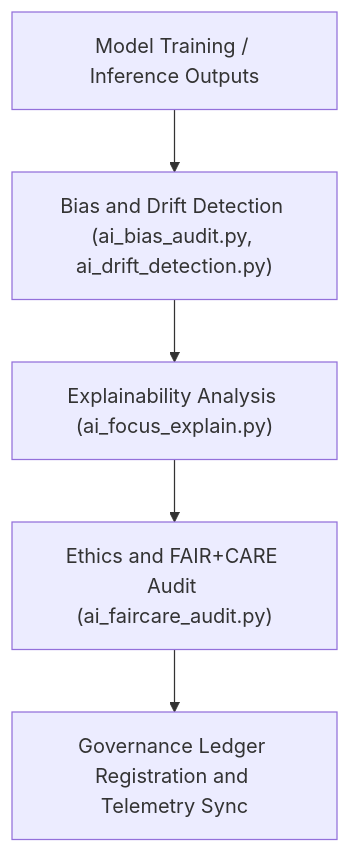
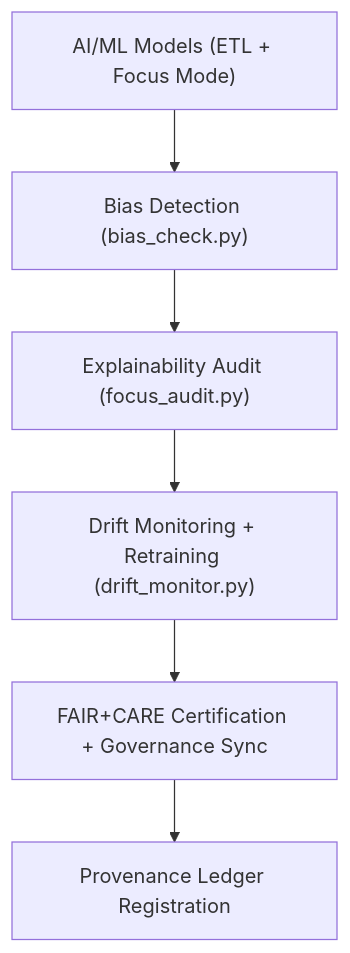
The diagram in tools/ai/README.md (bartytime4life/Kansas-Frontier-Matrix), drawn with Mermaid before and after one commit. The commit also changed other lines of this file, not shown here.

````diff
--- a/tools/ai/README.md
+++ b/tools/ai/README.md
@@ -69,7 +64,8 @@
 ```mermaid
 flowchart TD
-    A["Model Training / Inference Outputs"] --> B["Bias and Drift Detection (ai_bias_audit.py, ai_drift_detection.py)"]
-    B --> C["Explainability Analysis (ai_focus_explain.py)"]
-    C --> D["Ethics and FAIR+CARE Audit (ai_faircare_audit.py)"]
-    D --> E["Governance Ledger Registration and Telemetry Sync"]
+    A["AI/ML Models (ETL + Focus Mode)"] --> B["Bias Detection (bias_check.py)"]
+    B --> C["Explainability Audit (focus_audit.py)"]
+    C --> D["Drift Monitoring + Retraining (drift_monitor.py)"]
+    D --> E["FAIR+CARE Certification + Governance Sync"]
+    E --> F["Provenance Ledger Registration"]
 ```
````
